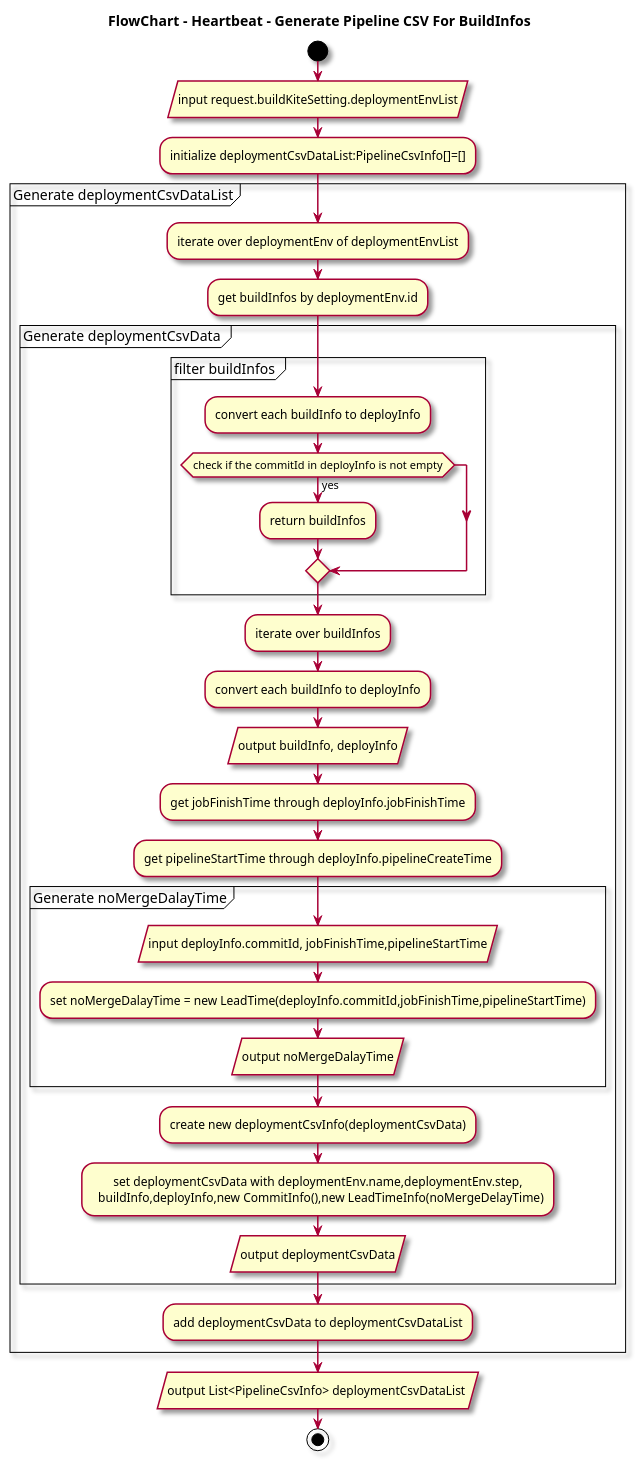
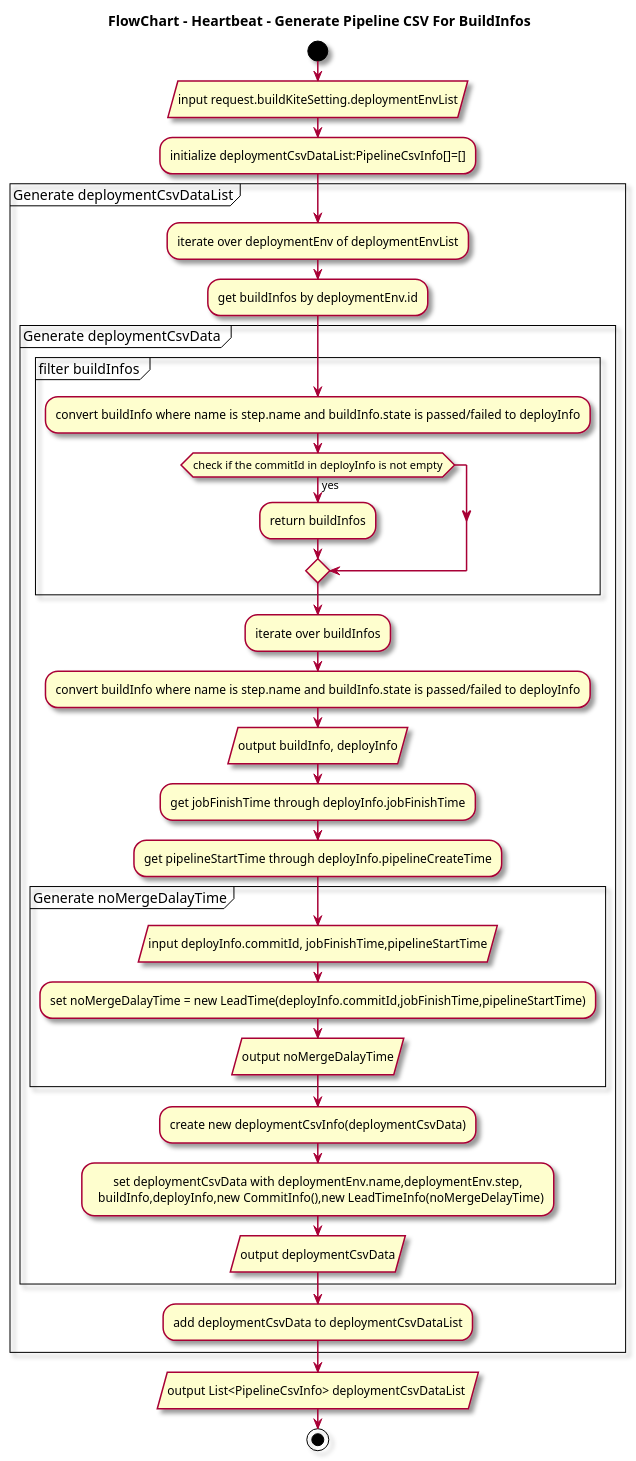
One commit to thoughtworks/HeartBeat changed the eighth of 9 diagrams in docs/src/pages/en/dev-center/flow-diagrams.md. Above: the diagram before and after it, drawn with PlantUML. The commit also changed other lines of this file and 3 other files, not shown here.

First line of the commit message:
ADM-448 [docs] [stub] [infra] Update flow diagram and export csv (#422)

````diff
--- a/docs/src/pages/en/dev-center/flow-diagrams.md
+++ b/docs/src/pages/en/dev-center/flow-diagrams.md
@@ -325,39 +327,39 @@
 ```plantuml
 @startuml Generate Pipeline CSV For BuildInfos
 skin rose
 skinparam defaultTextAlignment center
 title FlowChart - Heartbeat - Generate Pipeline CSV For BuildInfos
 start
 :input request.buildKiteSetting.deploymentEnvList/
   :initialize deploymentCsvDataList:PipelineCsvInfo[]=[];
   partition "Generate deploymentCsvDataList"{
   :iterate over deploymentEnv of deploymentEnvList;
     :get buildInfos by deploymentEnv.id;
     partition "Generate deploymentCsvData "{
       partition "filter buildInfos "{
-        :convert each buildInfo to deployInfo;
+        :convert buildInfo where name is step.name and buildInfo.state is passed/failed to deployInfo;
         if(check if the commitId in deployInfo is not empty) then (yes)
           :return buildInfos;
         endif
       }
       :iterate over buildInfos;
-        :convert each buildInfo to deployInfo;
+        :convert buildInfo where name is step.name and buildInfo.state is passed/failed to deployInfo;
         :output buildInfo, deployInfo/
         :get jobFinishTime through deployInfo.jobFinishTime;
         :get pipelineStartTime through deployInfo.pipelineCreateTime;
         partition "Generate noMergeDalayTime"{
           :input deployInfo.commitId, jobFinishTime,pipelineStartTime/
           :set noMergeDalayTime = new LeadTime(deployInfo.commitId,jobFinishTime,pipelineStartTime);
           :output noMergeDalayTime/
         }
         :create new deploymentCsvInfo(deploymentCsvData);
           :set deploymentCsvData with deploymentEnv.name,deploymentEnv.step,
             buildInfo,deployInfo,new CommitInfo(),new LeadTimeInfo(noMergeDelayTime);
       :output deploymentCsvData/
     }
     :add deploymentCsvData to deploymentCsvDataList;
   }
 :output List<PipelineCsvInfo> deploymentCsvDataList /
 stop
 @enduml
 ```
````
